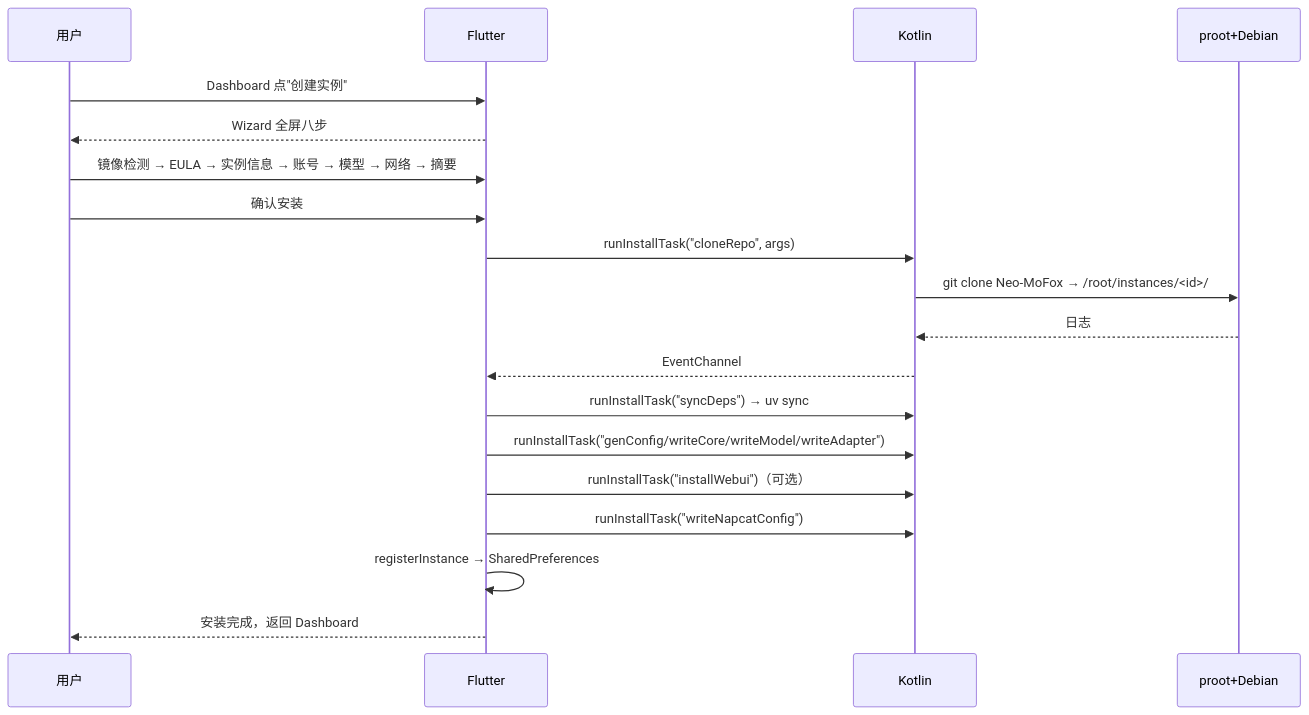
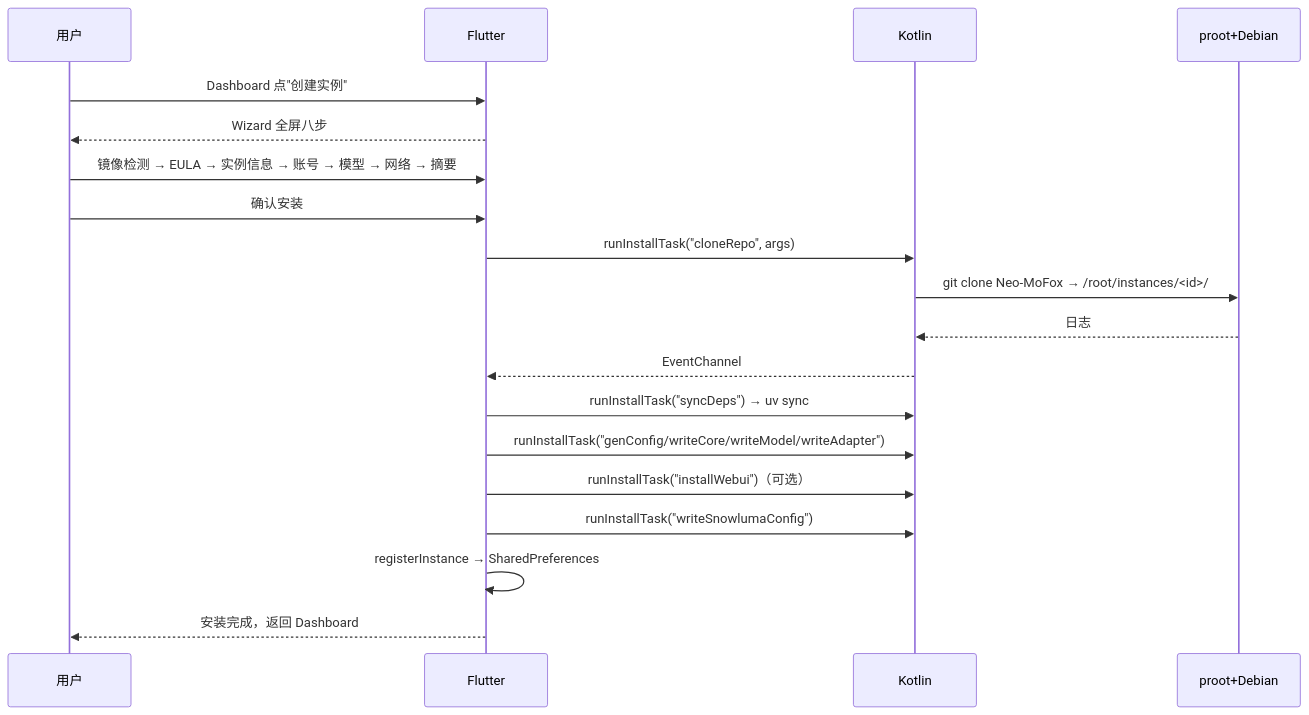
Before and after one commit to ikun-1145141/MoFox-Android: the second of 4 diagrams in ARCHITECTURE.md, drawn with Mermaid. The commit also changed other lines of this file and 52 other files, not shown here.

````diff
--- a/ARCHITECTURE.md
+++ b/ARCHITECTURE.md
@@ -447,22 +447,22 @@
 ```mermaid
 sequenceDiagram
     participant U as 用户
     participant F as Flutter
     participant K as Kotlin
     participant P as proot+Debian
 
     U->>F: Dashboard 点"创建实例"
     F-->>U: Wizard 全屏八步
     U->>F: 镜像检测 → EULA → 实例信息 → 账号 → 模型 → 网络 → 摘要
     U->>F: 确认安装
     F->>K: runInstallTask("cloneRepo", args)
     K->>P: git clone Neo-MoFox → /root/instances/<id>/
     P-->>K: 日志
     K-->>F: EventChannel
     F->>K: runInstallTask("syncDeps") → uv sync
     F->>K: runInstallTask("genConfig/writeCore/writeModel/writeAdapter")
     F->>K: runInstallTask("installWebui")（可选）
-    F->>K: runInstallTask("writeNapcatConfig")
+    F->>K: runInstallTask("writeSnowlumaConfig")
     F->>F: registerInstance → SharedPreferences
     F-->>U: 安装完成，返回 Dashboard
 ```
````
